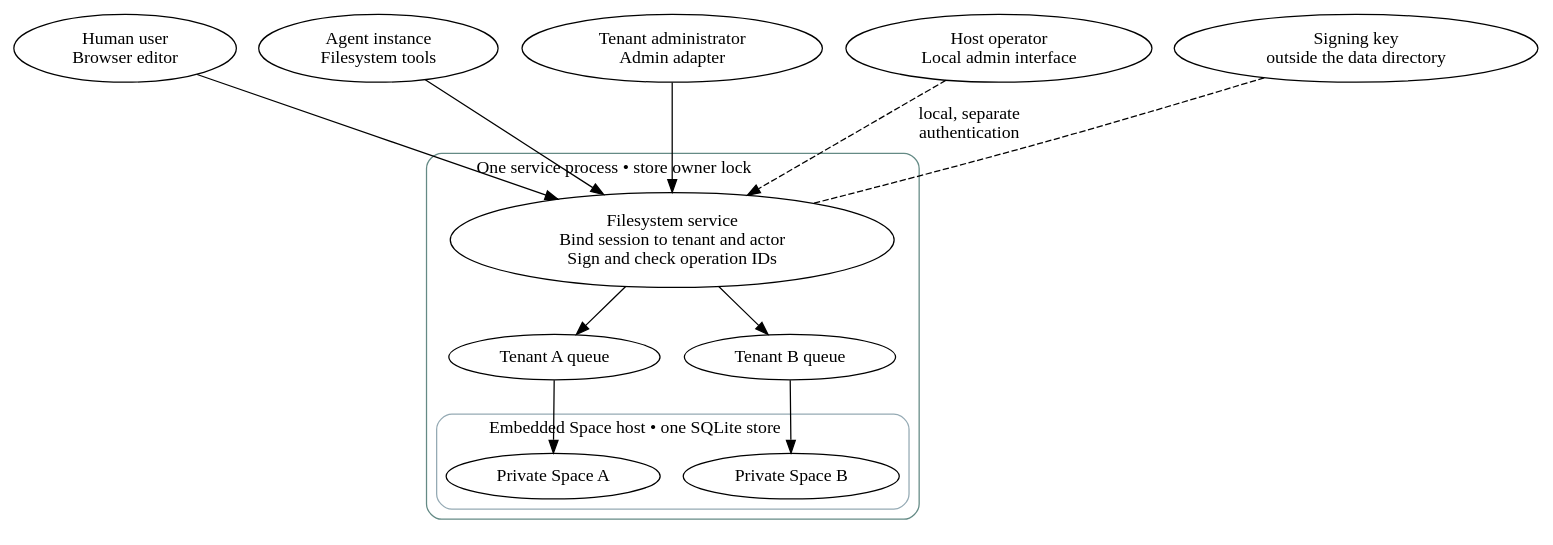
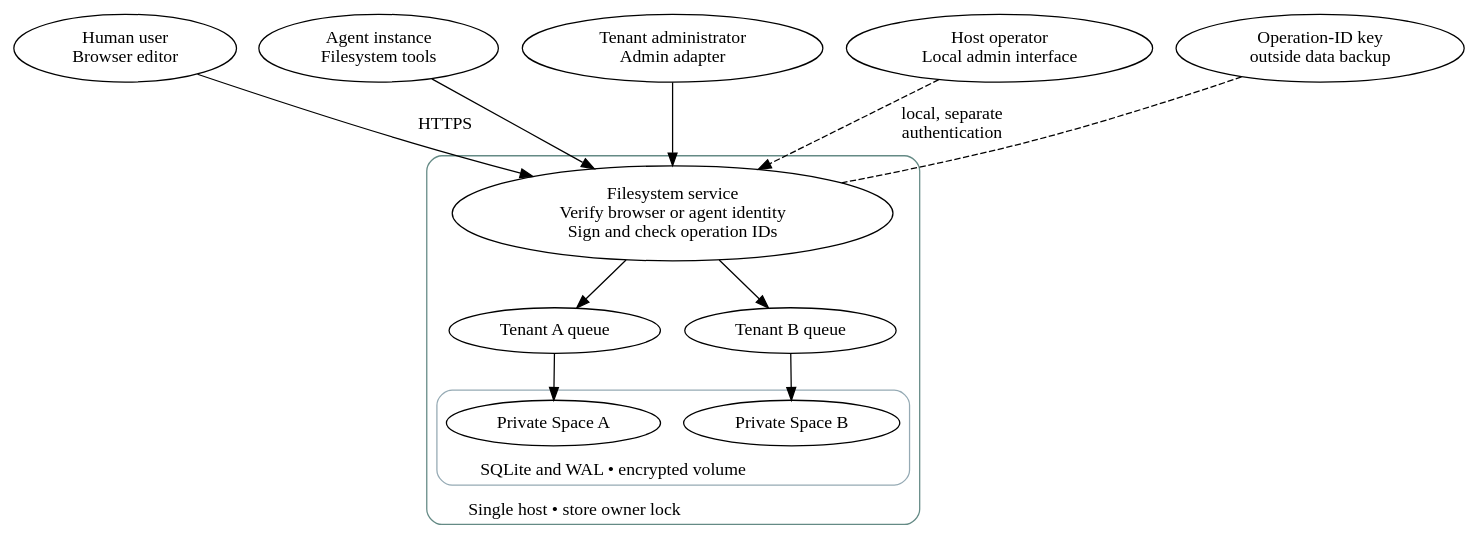
One commit to jeamy/phi-space changed the diagram in docs/img/src/zanzibar-architecture.dot. Above: the diagram before and after it, drawn with Graphviz. The commit also changed 10 other files, not shown here.

Commit message:
docs: define access, retry and recovery guarantees for the agent filesystem

```diff
--- a/docs/img/src/zanzibar-architecture.dot
+++ b/docs/img/src/zanzibar-architecture.dot
@@ -1,21 +1,21 @@
 digraph "Who can open the tenant store?" {
 #include
 	human [label="Human user\nBrowser editor"];
 	agent [label="Agent instance\nFilesystem tools"];
 	tadmin [label="Tenant administrator\nAdmin adapter"];
 	operator [label="Host operator\nLocal admin interface"];
 	subgraph cluster_host {
-		label="One service process • store owner lock"; labeljust=l; color="#648a85"; style=rounded;
-		service [label="Filesystem service\nBind session to tenant and actor\nSign and check operation IDs", fillcolor="#d8eeea"];
+		labelloc=b; label="Single host • store owner lock"; labeljust=l; color="#648a85"; style=rounded;
+		service [label="Filesystem service\nVerify browser or agent identity\nSign and check operation IDs", fillcolor="#d8eeea"];
 		qa [label="Tenant A queue"]; qb [label="Tenant B queue"];
 		subgraph cluster_db {
-			label="Embedded Space host • one SQLite store"; color="#95aab4"; style=rounded;
+			labelloc=b; label="SQLite and WAL • encrypted volume"; color="#95aab4"; style=rounded;
 			sa [label="Private Space A"]; sb [label="Private Space B"];
 		}
 	}
-	key [label="Signing key\noutside the data directory", fillcolor="#fcf2d9"];
-	human -> service; agent -> service; tadmin -> service;
+	key [label="Operation-ID key\noutside data backup", fillcolor="#fcf2d9"];
+	human -> service [label="HTTPS"]; agent -> service; tadmin -> service;
 	operator -> service [label="local, separate\nauthentication", style=dashed];
 	key -> service [style=dashed, arrowhead=none];
 	service -> qa; service -> qb; qa -> sa; qb -> sb;
 }
```
